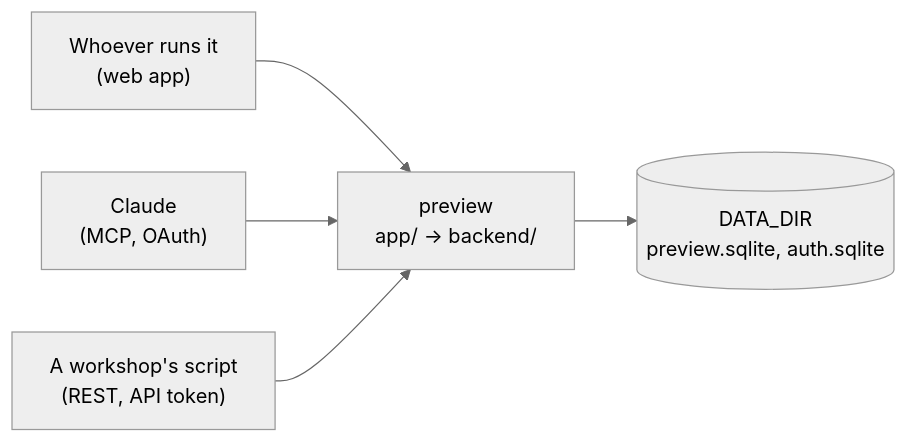
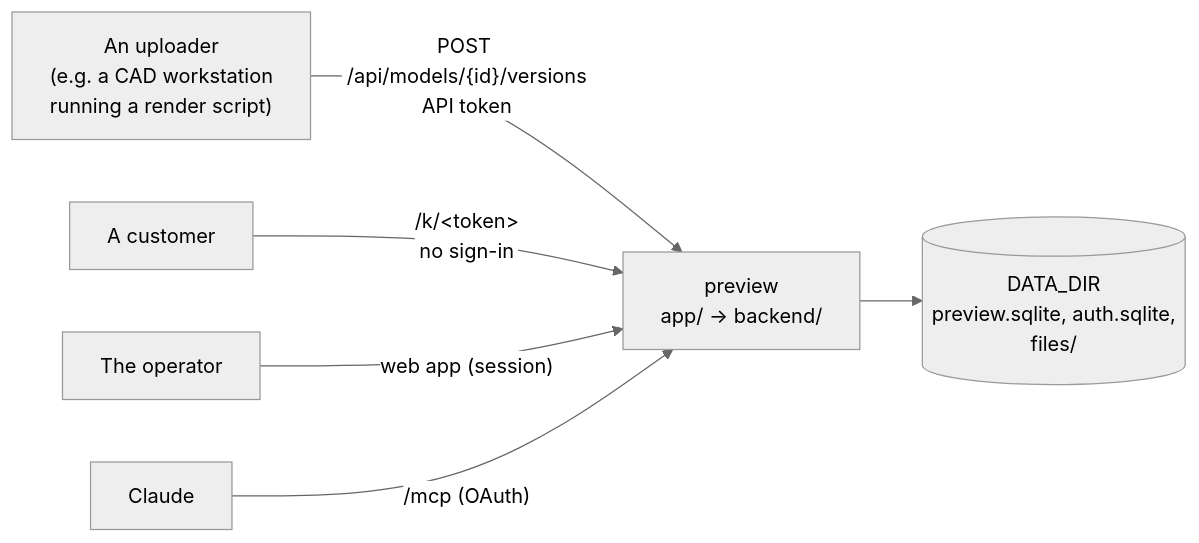
The diagram in docs/architecture.md (3D-Bruckner/preview), drawn with Mermaid (neutral theme) before and after one commit. The commit also changed other lines of this file and 5 other files, not shown here.

First line of the commit message:
Docs: README with screenshot and upload example, architecture diagram, adding a language

````diff
--- a/docs/architecture.md
+++ b/docs/architecture.md
@@ -5,7 +5,8 @@
 ```mermaid
 flowchart LR
-  O["Whoever runs it<br/>(web app)"] --> A
-  C["Claude<br/>(MCP, OAuth)"] --> A
-  S["A workshop's script<br/>(REST, API token)"] --> A
-  A["preview<br/>app/ → backend/"] --> D[("DATA_DIR<br/>preview.sqlite, auth.sqlite")]
+  U["An uploader<br/>(e.g. a CAD workstation<br/>running a render script)"] -- "POST /api/models/{id}/versions<br/>API token" --> A
+  K["A customer"] -- "/k/&lt;token&gt;<br/>no sign-in" --> A
+  O["The operator"] -- "web app (session)" --> A
+  C["Claude"] -- "/mcp (OAuth)" --> A
+  A["preview<br/>app/ → backend/"] --> D[("DATA_DIR<br/>preview.sqlite, auth.sqlite,<br/>files/")]
 ```
````
